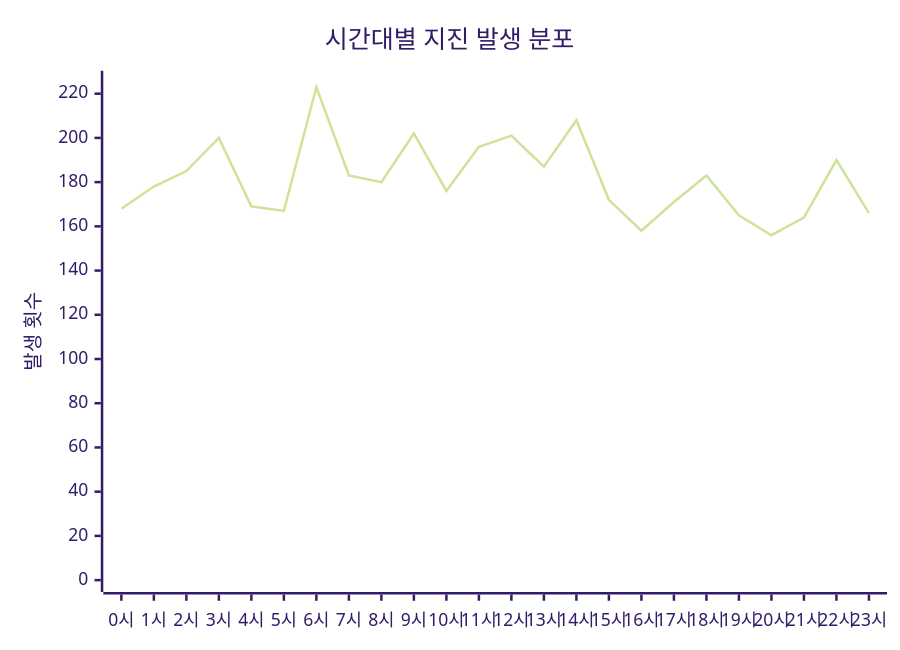
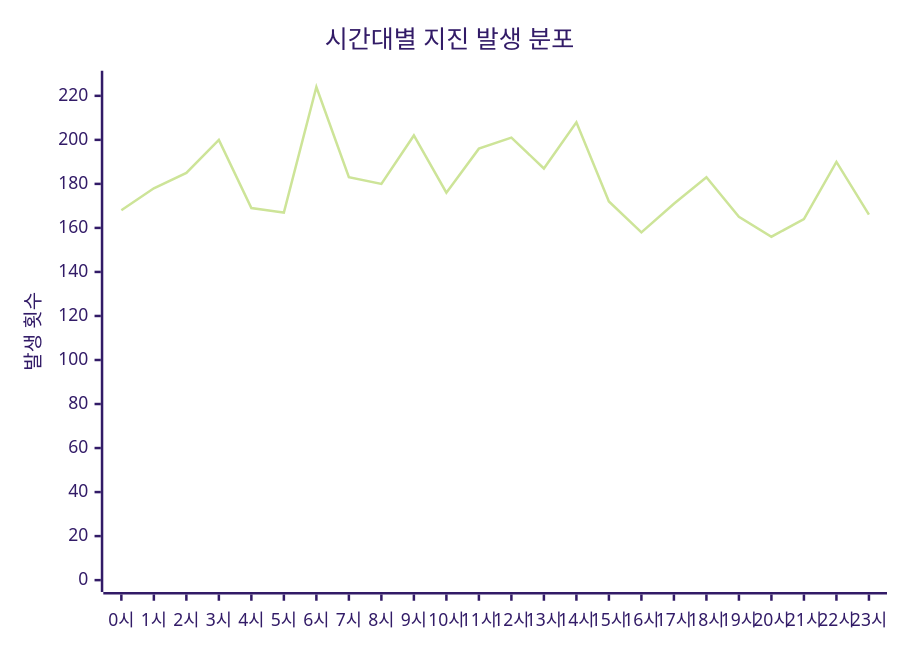
The diagram in charts/time-chart.md (serendip811/japan-eq), drawn with Mermaid (forest theme) before and after one commit. The commit also changed other lines of this file and 5 other files, not shown here.

Commit message:
Update earthquake data and charts Thu Jun 11 07:43:10 UTC 2026

````diff
--- a/charts/time-chart.md
+++ b/charts/time-chart.md
@@ -3,7 +3,7 @@
 ```mermaid
 xychart-beta
     title "시간대별 지진 발생 분포"
     x-axis ["0시", "1시", "2시", "3시", "4시", "5시", "6시", "7시", "8시", "9시", "10시", "11시", "12시", "13시", "14시", "15시", "16시", "17시", "18시", "19시", "20시", "21시", "22시", "23시"]
-    y-axis "발생 횟수" 0 --> 225
-    line [168, 178, 185, 200, 169, 167, 223, 183, 180, 202, 176, 196, 201, 187, 208, 172, 158, 171, 183, 165, 156, 164, 190, 166]
+    y-axis "발생 횟수" 0 --> 226
+    line [168, 178, 185, 200, 169, 167, 224, 183, 180, 202, 176, 196, 201, 187, 208, 172, 158, 171, 183, 165, 156, 164, 190, 166]
 ```
````
